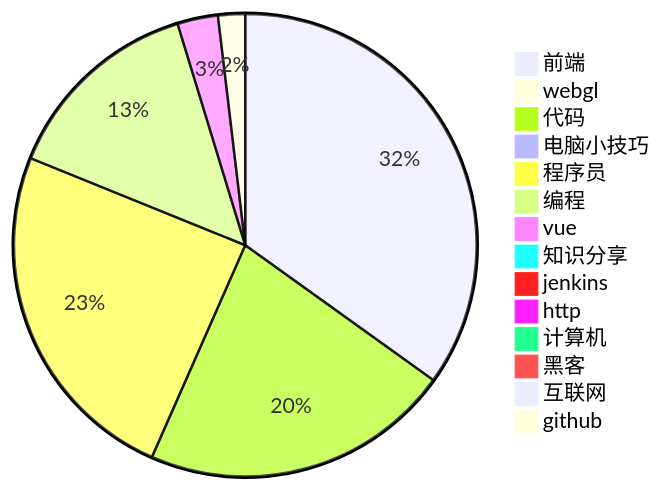
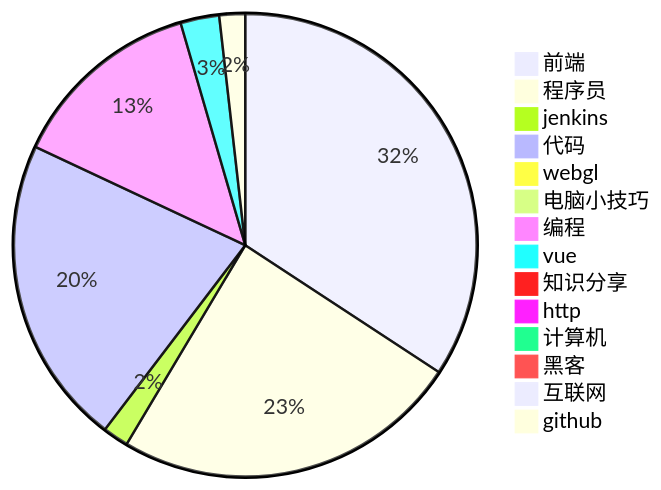
The diagram in douyin/RankingList.md (xieerduos/xieerduos.github.io), drawn with Mermaid before and after one commit. The commit also changed other lines of this file, not shown here.

````diff
--- a/douyin/RankingList.md
+++ b/douyin/RankingList.md
@@ -59,17 +59,17 @@
 ```Mermaid
 pie title 
-    "前端" : 37
+    "前端" : 38
+    "程序员" : 27
+    "jenkins" : 2
+    "代码" : 24
     "webgl" : 1
-    "代码" : 23
     "电脑小技巧" : 1
-    "程序员" : 26
     "编程" : 15
     "vue" : 3
     "知识分享" : 1
-    "jenkins" : 1
     "http" : 1
     "计算机" : 1
     "黑客" : 1
     "互联网" : 1
     "github" : 2
 ```
````
